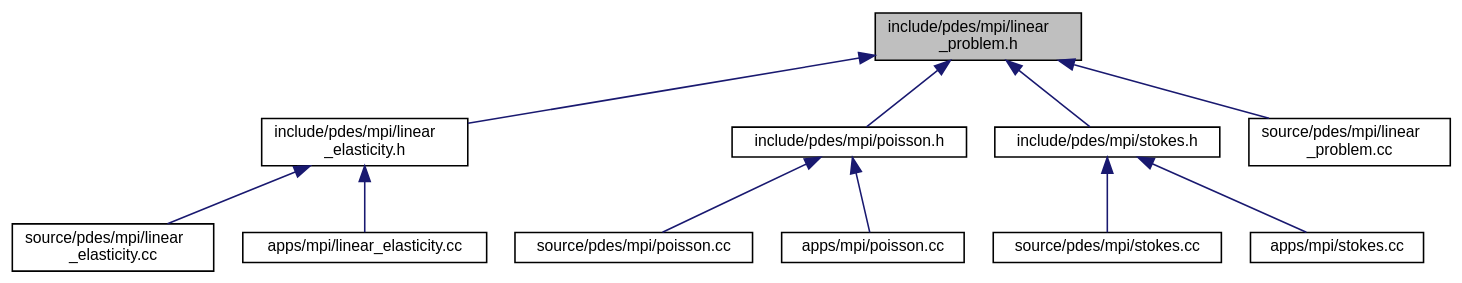
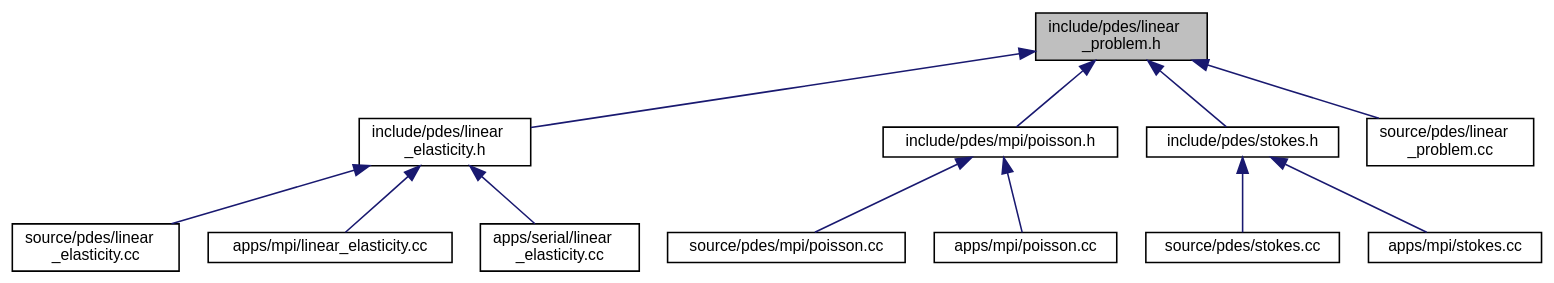
One commit to luca-heltai/fsi-suite changed the diagram in linear__problem_8h__dep__incl.dot. Above: the diagram before and after it, drawn with Graphviz. The commit also changed 918 other files, not shown here.

```diff
--- a/linear__problem_8h__dep__incl.dot
+++ b/linear__problem_8h__dep__incl.dot
@@ -1,28 +1,30 @@
-digraph "include/pdes/mpi/linear_problem.h"
+digraph "include/pdes/linear_problem.h"
 {
  // LATEX_PDF_SIZE
   bgcolor="transparent";
   edge [fontname="Helvetica",fontsize="10",labelfontname="Helvetica",labelfontsize="10"];
   node [fontname="Helvetica",fontsize="10",shape=record];
-  Node1 [label="include/pdes/mpi/linear\l_problem.h",height=0.2,width=0.4,color="black", fillcolor="grey75", style="filled", fontcolor="black",tooltip=" "];
+  Node1 [label="include/pdes/linear\l_problem.h",height=0.2,width=0.4,color="black", fillcolor="grey75", style="filled", fontcolor="black",tooltip=" "];
   Node1 -> Node2 [dir="back",color="midnightblue",fontsize="10",style="solid",fontname="Helvetica"];
-  Node2 [label="include/pdes/mpi/linear\l_elasticity.h",height=0.2,width=0.4,color="black",URL="$mpi_2linear__elasticity_8h.html",tooltip=" "];
+  Node2 [label="include/pdes/linear\l_elasticity.h",height=0.2,width=0.4,color="black",URL="$linear__elasticity_8h.html",tooltip=" "];
   Node2 -> Node3 [dir="back",color="midnightblue",fontsize="10",style="solid",fontname="Helvetica"];
-  Node3 [label="source/pdes/mpi/linear\l_elasticity.cc",height=0.2,width=0.4,color="black",URL="$source_2pdes_2mpi_2linear__elasticity_8cc.html",tooltip=" "];
+  Node3 [label="source/pdes/linear\l_elasticity.cc",height=0.2,width=0.4,color="black",URL="$source_2pdes_2linear__elasticity_8cc.html",tooltip=" "];
   Node2 -> Node4 [dir="back",color="midnightblue",fontsize="10",style="solid",fontname="Helvetica"];
   Node4 [label="apps/mpi/linear_elasticity.cc",height=0.2,width=0.4,color="black",URL="$apps_2mpi_2linear__elasticity_8cc.html",tooltip=" "];
-  Node1 -> Node5 [dir="back",color="midnightblue",fontsize="10",style="solid",fontname="Helvetica"];
-  Node5 [label="include/pdes/mpi/poisson.h",height=0.2,width=0.4,color="black",URL="$mpi_2poisson_8h.html",tooltip=" "];
-  Node5 -> Node6 [dir="back",color="midnightblue",fontsize="10",style="solid",fontname="Helvetica"];
-  Node6 [label="source/pdes/mpi/poisson.cc",height=0.2,width=0.4,color="black",URL="$source_2pdes_2mpi_2poisson_8cc.html",tooltip=" "];
-  Node5 -> Node7 [dir="back",color="midnightblue",fontsize="10",style="solid",fontname="Helvetica"];
-  Node7 [label="apps/mpi/poisson.cc",height=0.2,width=0.4,color="black",URL="$apps_2mpi_2poisson_8cc.html",tooltip=" "];
-  Node1 -> Node8 [dir="back",color="midnightblue",fontsize="10",style="solid",fontname="Helvetica"];
-  Node8 [label="include/pdes/mpi/stokes.h",height=0.2,width=0.4,color="black",URL="$mpi_2stokes_8h.html",tooltip=" "];
-  Node8 -> Node9 [dir="back",color="midnightblue",fontsize="10",style="solid",fontname="Helvetica"];
-  Node9 [label="source/pdes/mpi/stokes.cc",height=0.2,width=0.4,color="black",URL="$source_2pdes_2mpi_2stokes_8cc.html",tooltip=" "];
-  Node8 -> Node10 [dir="back",color="midnightblue",fontsize="10",style="solid",fontname="Helvetica"];
-  Node10 [label="apps/mpi/stokes.cc",height=0.2,width=0.4,color="black",URL="$apps_2mpi_2stokes_8cc.html",tooltip=" "];
-  Node1 -> Node11 [dir="back",color="midnightblue",fontsize="10",style="solid",fontname="Helvetica"];
-  Node11 [label="source/pdes/mpi/linear\l_problem.cc",height=0.2,width=0.4,color="black",URL="$linear__problem_8cc.html",tooltip=" "];
+  Node2 -> Node5 [dir="back",color="midnightblue",fontsize="10",style="solid",fontname="Helvetica"];
+  Node5 [label="apps/serial/linear\l_elasticity.cc",height=0.2,width=0.4,color="black",URL="$apps_2serial_2linear__elasticity_8cc.html",tooltip=" "];
+  Node1 -> Node6 [dir="back",color="midnightblue",fontsize="10",style="solid",fontname="Helvetica"];
+  Node6 [label="include/pdes/mpi/poisson.h",height=0.2,width=0.4,color="black",URL="$mpi_2poisson_8h.html",tooltip=" "];
+  Node6 -> Node7 [dir="back",color="midnightblue",fontsize="10",style="solid",fontname="Helvetica"];
+  Node7 [label="source/pdes/mpi/poisson.cc",height=0.2,width=0.4,color="black",URL="$source_2pdes_2mpi_2poisson_8cc.html",tooltip=" "];
+  Node6 -> Node8 [dir="back",color="midnightblue",fontsize="10",style="solid",fontname="Helvetica"];
+  Node8 [label="apps/mpi/poisson.cc",height=0.2,width=0.4,color="black",URL="$apps_2mpi_2poisson_8cc.html",tooltip=" "];
+  Node1 -> Node9 [dir="back",color="midnightblue",fontsize="10",style="solid",fontname="Helvetica"];
+  Node9 [label="include/pdes/stokes.h",height=0.2,width=0.4,color="black",URL="$stokes_8h.html",tooltip=" "];
+  Node9 -> Node10 [dir="back",color="midnightblue",fontsize="10",style="solid",fontname="Helvetica"];
+  Node10 [label="source/pdes/stokes.cc",height=0.2,width=0.4,color="black",URL="$source_2pdes_2stokes_8cc.html",tooltip=" "];
+  Node9 -> Node11 [dir="back",color="midnightblue",fontsize="10",style="solid",fontname="Helvetica"];
+  Node11 [label="apps/mpi/stokes.cc",height=0.2,width=0.4,color="black",URL="$apps_2mpi_2stokes_8cc.html",tooltip=" "];
+  Node1 -> Node12 [dir="back",color="midnightblue",fontsize="10",style="solid",fontname="Helvetica"];
+  Node12 [label="source/pdes/linear\l_problem.cc",height=0.2,width=0.4,color="black",URL="$linear__problem_8cc.html",tooltip=" "];
 }
```
